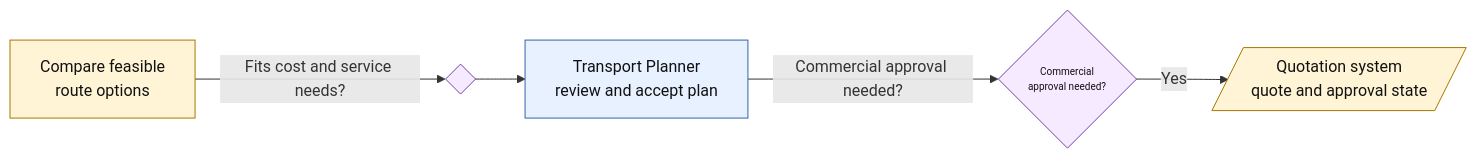
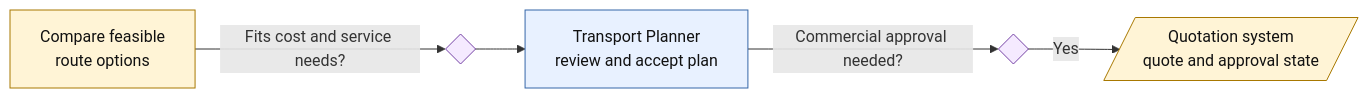
Before and after one commit to cprima-playground/cpm-eaop-showcase-logistics-rfq: the seventh of 15 diagrams in docs/story/agentically-enhanced-job-example.md, drawn with Mermaid. The commit also changed other lines of this file, not shown here.

````diff
--- a/docs/story/agentically-enhanced-job-example.md
+++ b/docs/story/agentically-enhanced-job-example.md
@@ -270,18 +270,18 @@
 ```mermaid
 flowchart LR
     options[Compare feasible<br/>route options]
     fit{ }
     planner[Transport Planner<br/>review and accept plan]
-    approval{Commercial<br/>approval needed?}
+    approval{ }
     quote[/Quotation system<br/>quote and approval state/]
     options -->|Fits cost and service needs?| fit --> planner -->|Commercial approval needed?| approval
     approval -->|Yes| quote
 
     classDef human fill:#e8f1ff,stroke:#3566a8,color:#111;
     classDef agent fill:#eaf7ea,stroke:#3b7d3b,color:#111;
     classDef system fill:#fff4d6,stroke:#a87800,color:#111;
     classDef decision fill:#f5eaff,stroke:#7542a5,color:#111,font-size:10px;
     class options,quote system;
     class planner human;
     class fit,approval decision;
 ```
````
